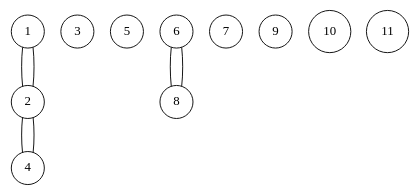
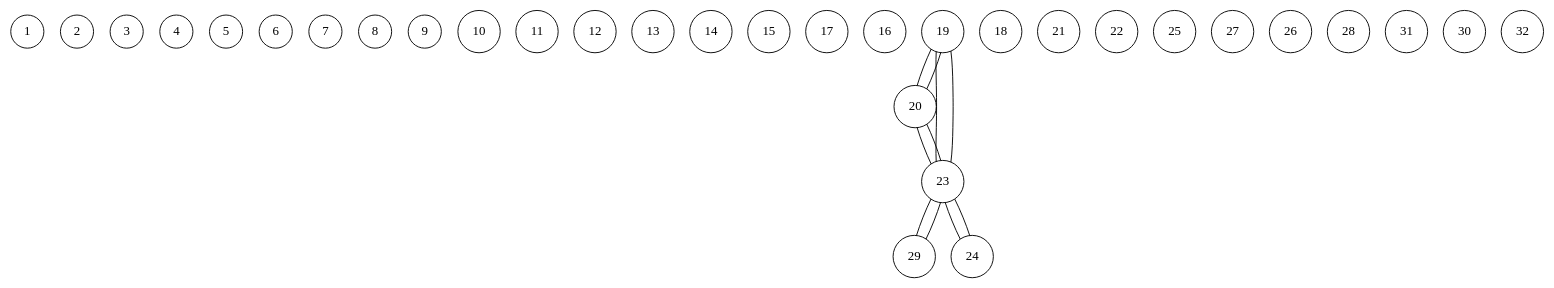
Before and after one commit to chris-wood/PL241-Compiler: the diagram in project/caw001.txt.ig.dot, drawn with Graphviz. The commit also changed 17 other files, not shown here.

```diff
--- a/project/caw001.txt.ig.dot
+++ b/project/caw001.txt.ig.dot
@@ -1,20 +1,45 @@
 graph interference_graph {
     node [shape = circle];
 1;
-1 -- 2;
 2;
-2 -- 4;
-2 -- 1;
 3;
 4;
-4 -- 2;
 5;
 6;
-6 -- 8;
 7;
 8;
-8 -- 6;
 9;
 10;
 11;
+12;
+13;
+14;
+15;
+17;
+16;
+19;
+19 -- 20;
+19 -- 23;
+18;
+21;
+20;
+20 -- 23;
+20 -- 19;
+23;
+23 -- 29;
+23 -- 24;
+23 -- 20;
+23 -- 19;
+22;
+25;
+24;
+24 -- 23;
+27;
+26;
+29;
+29 -- 23;
+28;
+31;
+30;
+32;
 }
```
